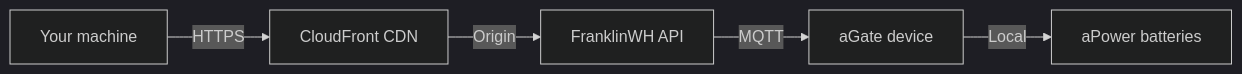
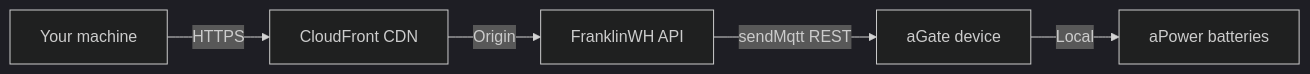
Before and after one commit to david2069/franklinwh-cloud: the first of 4 diagrams in docs/TROUBLESHOOTING.md, drawn with Mermaid (dark theme). The commit also changed other lines of this file and 3 other files, not shown here.

Commit message:
docs: standardize terminology replacing raw 'MQTT' mentions with accurate 'sendMqtt REST payload' descriptors across the documentation suite

````diff
--- a/docs/TROUBLESHOOTING.md
+++ b/docs/TROUBLESHOOTING.md
@@ -92,7 +92,7 @@
 ```mermaid
 graph LR
     A[Your machine] -->|HTTPS| B[CloudFront CDN]
     B -->|Origin| C[FranklinWH API]
-    C -->|MQTT| D[aGate device]
+    C -->|sendMqtt REST| D[aGate device]
     D -->|Local| E[aPower batteries]
 ```
````
